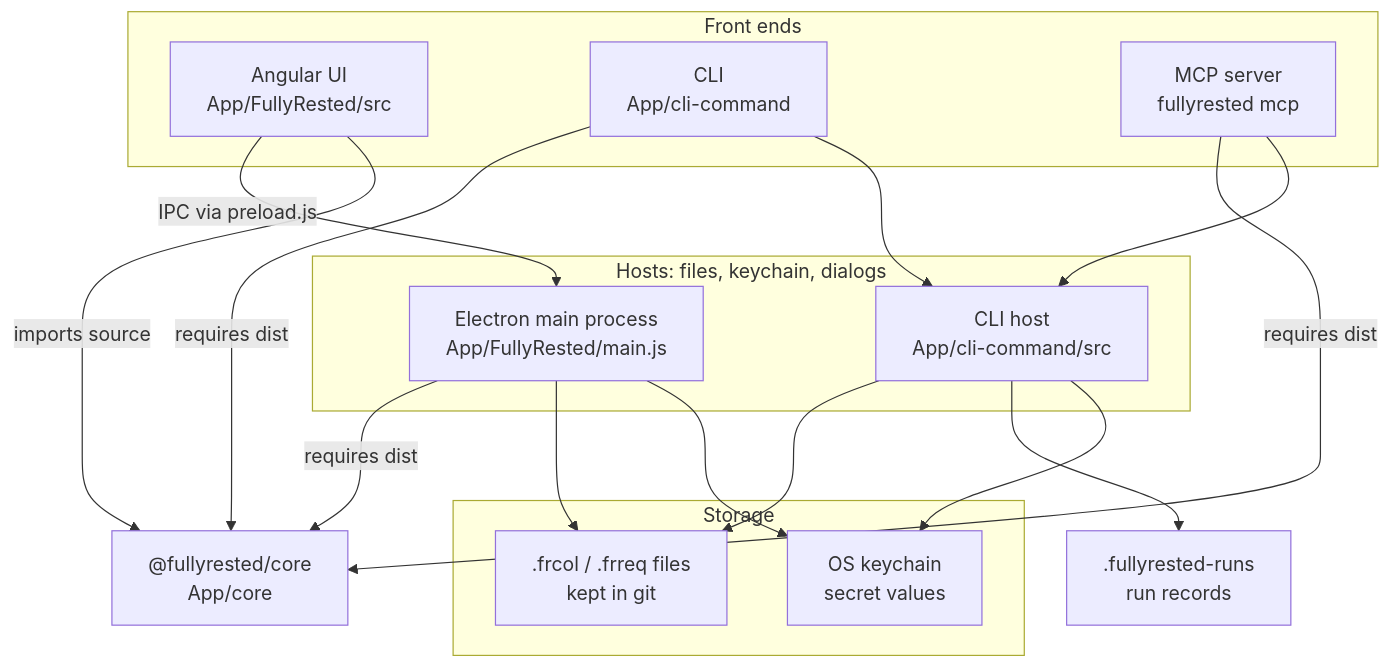
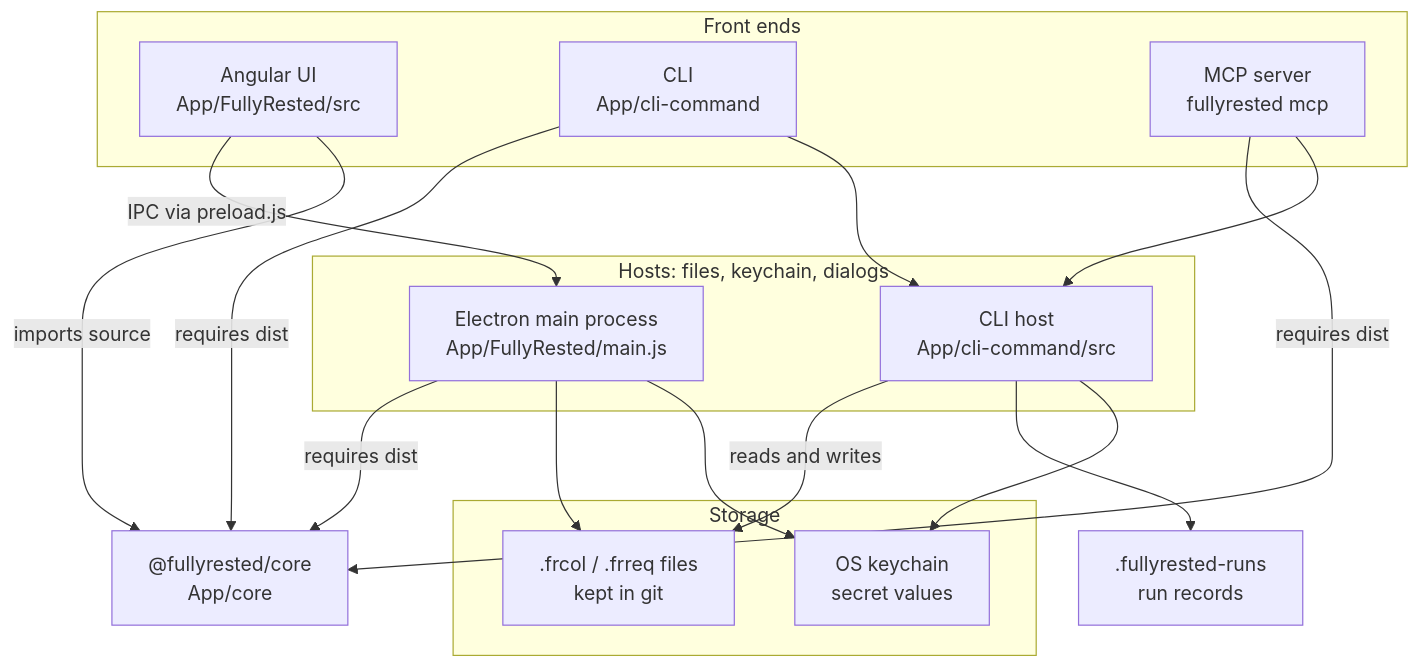
One commit to BlueFin605/FullyRested changed the diagram in SYSDOC.md. Above: the diagram before and after it, drawn with Mermaid. The commit also changed other lines of this file and 2 other files, not shown here.

````diff
--- a/SYSDOC.md
+++ b/SYSDOC.md
@@ -16,29 +16,29 @@
 ```mermaid
 flowchart TB
     subgraph FrontEnds["Front ends"]
         UI["Angular UI<br/>App/FullyRested/src"]
         CLI["CLI<br/>App/cli-command"]
         MCP["MCP server<br/>fullyrested mcp"]
     end
     subgraph Hosts["Hosts: files, keychain, dialogs"]
         Main["Electron main process<br/>App/FullyRested/main.js"]
         CliHost["CLI host<br/>App/cli-command/src"]
     end
     Core["@fullyrested/core<br/>App/core"]
     subgraph Storage["Storage"]
         Files[".frcol / .frreq files<br/>kept in git"]
         Keychain["OS keychain<br/>secret values"]
     end
     UI -->|"IPC via preload.js"| Main
     UI -->|"imports source"| Core
     Main -->|"requires dist"| Core
     CLI -->|"requires dist"| Core
     MCP -->|"requires dist"| Core
     CLI --> CliHost
     MCP --> CliHost
-    CliHost --> Files
+    CliHost -->|"reads and writes"| Files
     CliHost --> Runs[".fullyrested-runs<br/>run records"]
     CliHost --> Keychain
     Main --> Files
     Main --> Keychain
 ```
````
